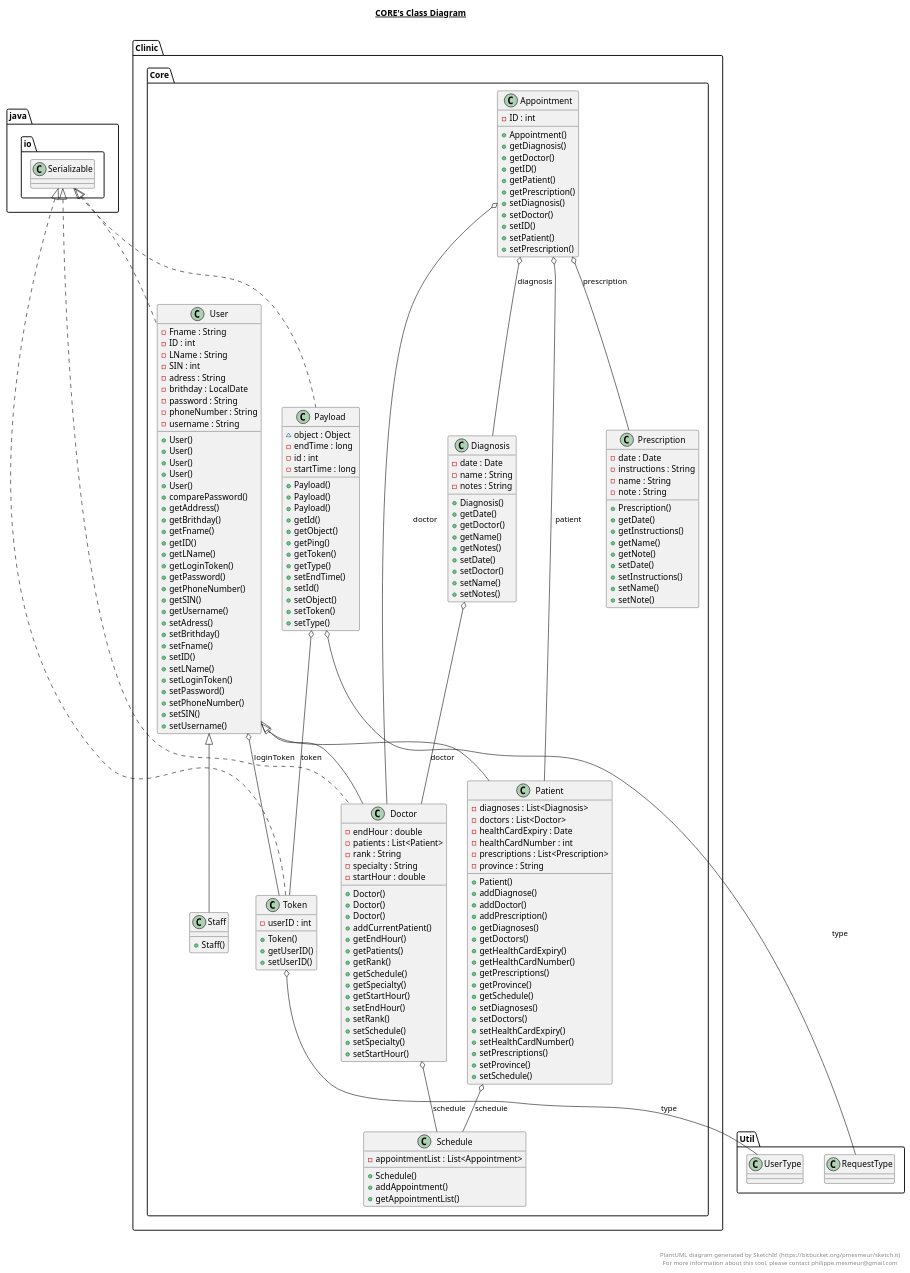
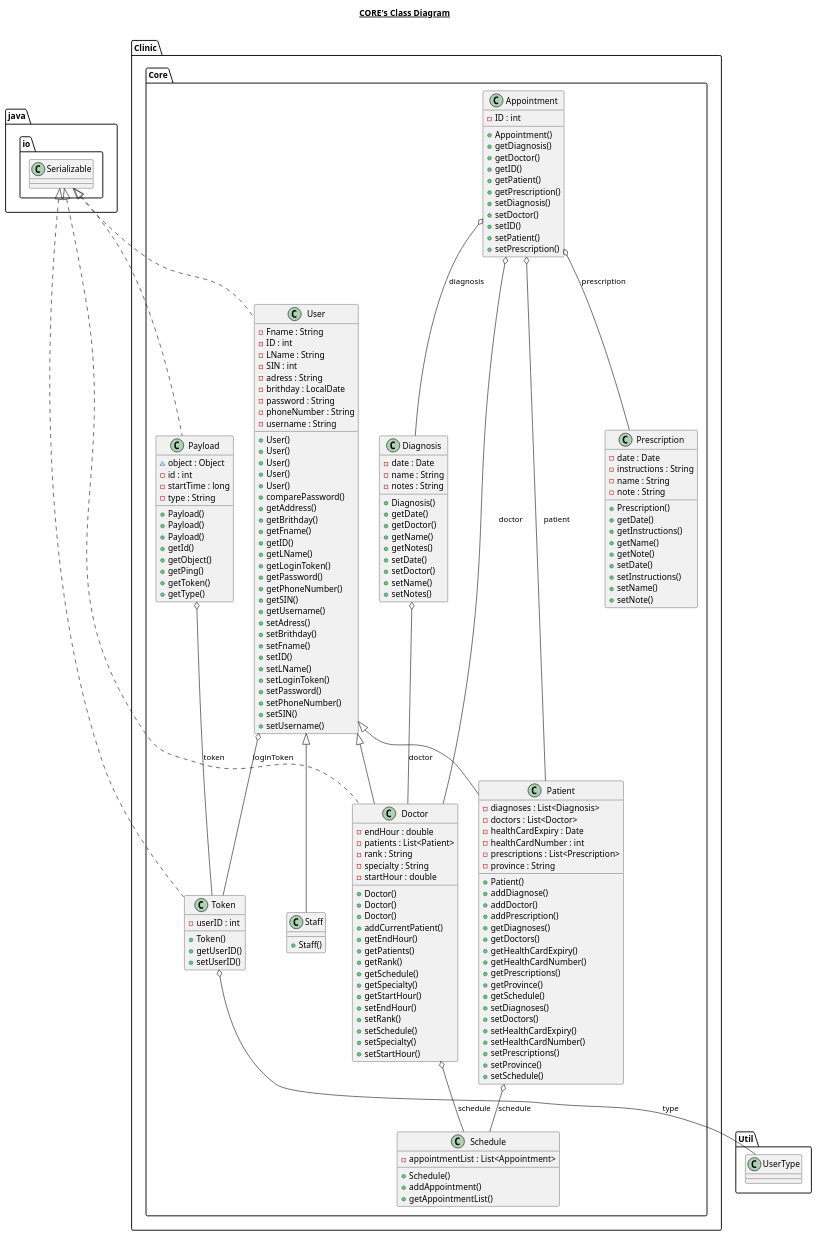
One commit to AidanJohnston/Omar changed the diagram in src/Clinic/Core/Core.plantuml. Above: the diagram before and after it, drawn with PlantUML. The commit also changed 7 other files, not shown here.

Commit message:
Refactored uml diagrams

```diff
--- a/src/Clinic/Core/Core.plantuml
+++ b/src/Clinic/Core/Core.plantuml
@@ -97,9 +97,9 @@
   namespace Clinic.Core {
     class Clinic.Core.Payload {
         ~ object : Object
-        - endTime : long
         - id : int
         - startTime : long
+        - type : String
         + Payload()
         + Payload()
         + Payload()
@@ -108,11 +108,6 @@
         + getPing()
         + getToken()
         + getType()
-        + setEndTime()
-        + setId()
-        + setObject()
-        + setToken()
-        + setType()
     }
   }
   
@@ -216,7 +211,6 @@
   Clinic.Core.Patient o-- Clinic.Core.Schedule : schedule
   Clinic.Core.Payload .up.|> java.io.Serializable
   Clinic.Core.Payload o-- Clinic.Core.Token : token
-  Clinic.Core.Payload o-- Util.RequestType : type
   Clinic.Core.Staff -up-|> Clinic.Core.User
   Clinic.Core.Token .up.|> java.io.Serializable
   Clinic.Core.Token o-- Util.UserType : type
@@ -224,11 +218,5 @@
   Clinic.Core.User o-- Clinic.Core.Token : loginToken
 
 
-right footer
-
-
-PlantUML diagram generated by SketchIt! (https://bitbucket.org/pmesmeur/sketch.it)
-For more information about this tool, please contact philippe.mesmeur@gmail.com
-endfooter
 
 @enduml
```
